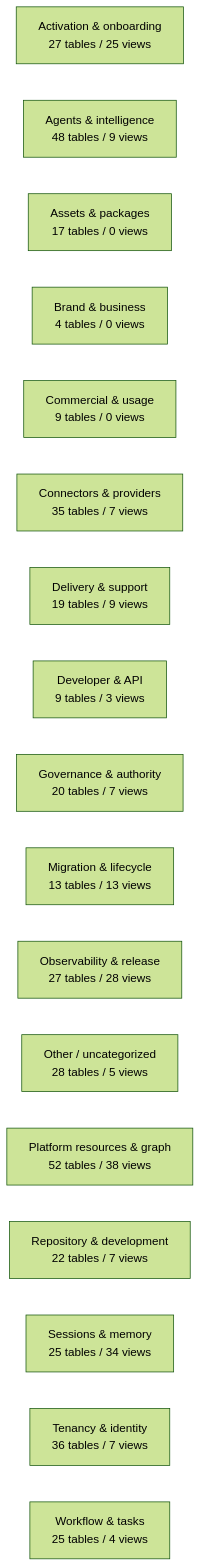
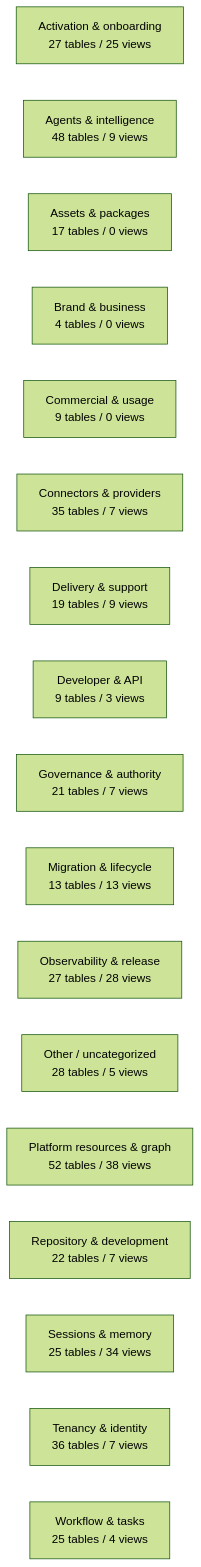
The diagram in docs/work-maps/data-model-domain-map.md (mad4bdigital-ai/multi-business-multi-role-growth-intelligence-os), drawn with Mermaid (forest theme) before and after one commit. The commit also changed other lines of this file and 6 other files, not shown here.

````diff
--- a/docs/work-maps/data-model-domain-map.md
+++ b/docs/work-maps/data-model-domain-map.md
@@ -9,20 +9,20 @@
 ```mermaid
 flowchart LR
   n_Activation___onboarding["Activation & onboarding<br/>27 tables / 25 views"]
   n_Agents___intelligence["Agents & intelligence<br/>48 tables / 9 views"]
   n_Assets___packages["Assets & packages<br/>17 tables / 0 views"]
   n_Brand___business["Brand & business<br/>4 tables / 0 views"]
   n_Commercial___usage["Commercial & usage<br/>9 tables / 0 views"]
   n_Connectors___providers["Connectors & providers<br/>35 tables / 7 views"]
   n_Delivery___support["Delivery & support<br/>19 tables / 9 views"]
   n_Developer___API["Developer & API<br/>9 tables / 3 views"]
-  n_Governance___authority["Governance & authority<br/>20 tables / 7 views"]
+  n_Governance___authority["Governance & authority<br/>21 tables / 7 views"]
   n_Migration___lifecycle["Migration & lifecycle<br/>13 tables / 13 views"]
   n_Observability___release["Observability & release<br/>27 tables / 28 views"]
   n_Other___uncategorized["Other / uncategorized<br/>28 tables / 5 views"]
   n_Platform_resources___graph["Platform resources & graph<br/>52 tables / 38 views"]
   n_Repository___development["Repository & development<br/>22 tables / 7 views"]
   n_Sessions___memory["Sessions & memory<br/>25 tables / 34 views"]
   n_Tenancy___identity["Tenancy & identity<br/>36 tables / 7 views"]
   n_Workflow___tasks["Workflow & tasks<br/>25 tables / 4 views"]
 ```
````
